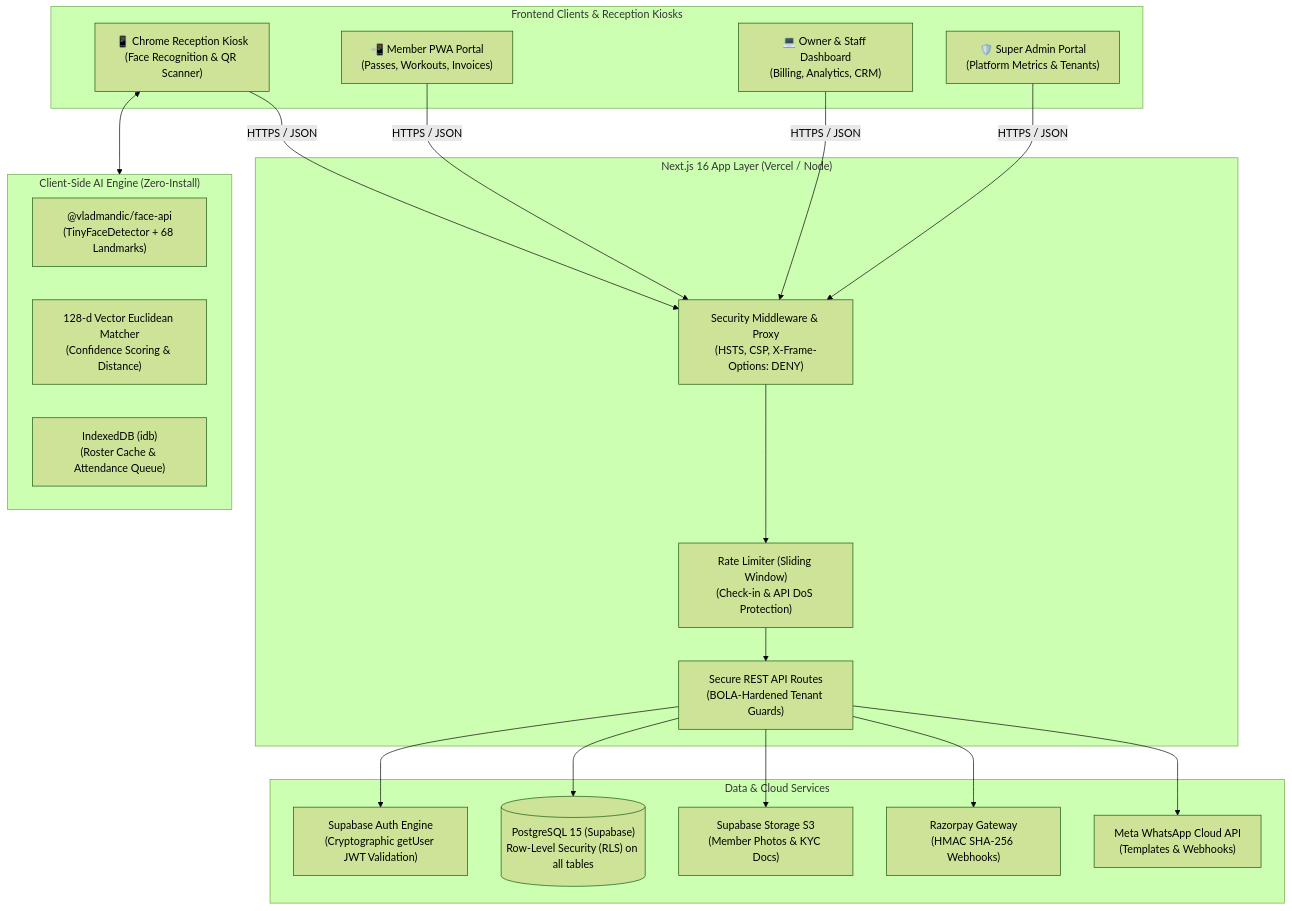
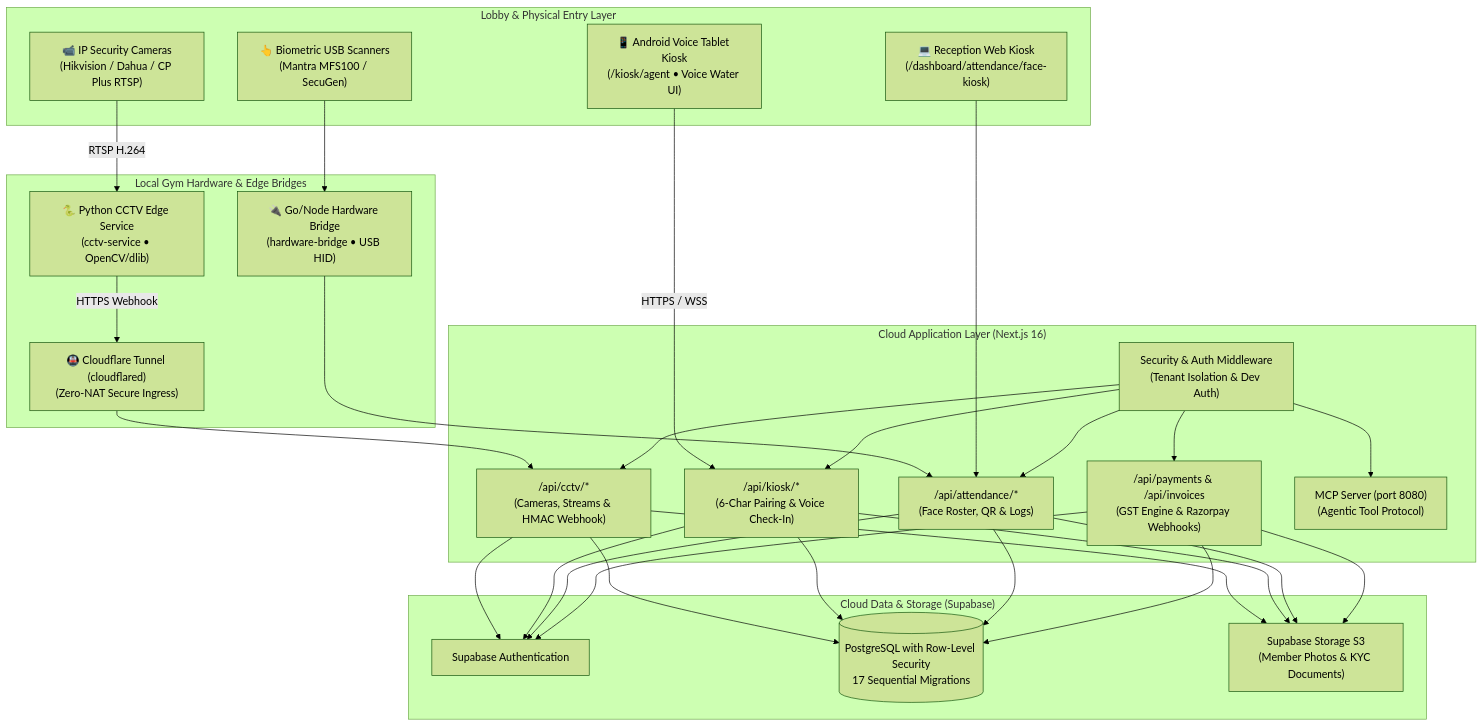
One commit to prashantb2400/GYM-ERP-2 changed the diagram in README.md. Above: the diagram before and after it, drawn with Mermaid (forest theme). The commit also changed other lines of this file, not shown here.

Commit message:
docs: Add step-by-step deployment guide, CCTV integration architecture, tablet kiosk setup, and MCP server docs

````diff
--- a/README.md
+++ b/README.md
@@ -79,42 +57,41 @@
 ```mermaid
 flowchart TB
-    subgraph Clients["Frontend Clients & Reception Kiosks"]
-        BrowserKiosk["📱 Chrome Reception Kiosk<br/>(Face Recognition & QR Scanner)"]
-        MemberPWA["📲 Member PWA Portal<br/>(Passes, Workouts, Invoices)"]
-        OwnerDash["💻 Owner & Staff Dashboard<br/>(Billing, Analytics, CRM)"]
-        SuperAdminDash["🛡️ Super Admin Portal<br/>(Platform Metrics & Tenants)"]
+    subgraph Kiosks["Lobby & Physical Entry Layer"]
+        TabletKiosk["📱 Android Voice Tablet Kiosk<br/>(/kiosk/agent • Voice Water UI)"]
+        WebKiosk["💻 Reception Web Kiosk<br/>(/dashboard/attendance/face-kiosk)"]
+        CCTVCams["📹 IP Security Cameras<br/>(Hikvision / Dahua / CP Plus RTSP)"]
+        BioUSB["👆 Biometric USB Scanners<br/>(Mantra MFS100 / SecuGen)"]
     end
 
-    subgraph EdgeLayer["Next.js 16 App Layer (Vercel / Node)"]
-        Middleware["Security Middleware & Proxy<br/>(HSTS, CSP, X-Frame-Options: DENY)"]
-        RateLimiter["Rate Limiter (Sliding Window)<br/>(Check-in & API DoS Protection)"]
-        APIRoutes["Secure REST API Routes<br/>(BOLA-Hardened Tenant Guards)"]
+    subgraph EdgeServices["Local Gym Hardware & Edge Bridges"]
+        CCTVEdge["🐍 Python CCTV Edge Service<br/>(cctv-service • OpenCV/dlib)"]
+        HWBridge["🔌 Go/Node Hardware Bridge<br/>(hardware-bridge • USB HID)"]
+        CFTunnel["🚇 Cloudflare Tunnel (cloudflared)<br/>(Zero-NAT Secure Ingress)"]
     end
 
-    subgraph ClientAI["Client-Side AI Engine (Zero-Install)"]
-        FaceAPI["@vladmandic/face-api<br/>(TinyFaceDetector + 68 Landmarks)"]
-        VectorMatcher["128-d Vector Euclidean Matcher<br/>(Confidence Scoring & Distance)"]
-        OfflineDB["IndexedDB (idb)<br/>(Roster Cache & Attendance Queue)"]
+    subgraph CloudApp["Cloud Application Layer (Next.js 16)"]
+        Middleware["Security & Auth Middleware<br/>(Tenant Isolation & Dev Auth)"]
+        CCTVAPI["/api/cctv/*<br/>(Cameras, Streams & HMAC Webhook)"]
+        KioskAPI["/api/kiosk/*<br/>(6-Char Pairing & Voice Check-In)"]
+        AttendAPI["/api/attendance/*<br/>(Face Roster, QR & Logs)"]
+        BillingAPI["/api/payments & /api/invoices<br/>(GST Engine & Razorpay Webhooks)"]
+        MCPServer["MCP Server (port 8080)<br/>(Agentic Tool Protocol)"]
     end
 
-    subgraph CloudServices["Data & Cloud Services"]
-        SupabaseAuth["Supabase Auth Engine<br/>(Cryptographic getUser JWT Validation)"]
-        SupabaseDB[("PostgreSQL 15 (Supabase)<br/>Row-Level Security (RLS) on all tables")]
-        SupabaseStorage["Supabase Storage S3<br/>(Member Photos & KYC Docs)"]
-        Razorpay["Razorpay Gateway<br/>(HMAC SHA-256 Webhooks)"]
-        WhatsAppAPI["Meta WhatsApp Cloud API<br/>(Templates & Webhooks)"]
+    subgraph DatabaseCloud["Cloud Data & Storage (Supabase)"]
+        SupaAuth["Supabase Authentication"]
+        SupaDB[("PostgreSQL with Row-Level Security<br/>17 Sequential Migrations")]
+        SupaStorage["Supabase Storage S3<br/>(Member Photos & KYC Documents)"]
     end
 
-    BrowserKiosk <--> ClientAI
-    BrowserKiosk -->|HTTPS / JSON| Middleware
-    MemberPWA -->|HTTPS / JSON| Middleware
-    OwnerDash -->|HTTPS / JSON| Middleware
-    SuperAdminDash -->|HTTPS / JSON| Middleware
+    CCTVCams -->|RTSP H.264| CCTVEdge
+    CCTVEdge -->|HTTPS Webhook| CFTunnel
+    CFTunnel --> CCTVAPI
+    TabletKiosk -->|HTTPS / WSS| KioskAPI
+    BioUSB --> HWBridge
+    HWBridge --> AttendAPI
+    WebKiosk --> AttendAPI
 
-    Middleware --> RateLimiter --> APIRoutes
-    APIRoutes --> SupabaseAuth
-    APIRoutes --> SupabaseDB
-    APIRoutes --> SupabaseStorage
-    APIRoutes --> Razorpay
-    APIRoutes --> WhatsAppAPI
+    Middleware --> CCTVAPI & KioskAPI & AttendAPI & BillingAPI & MCPServer
+    CCTVAPI & KioskAPI & AttendAPI & BillingAPI --> SupaAuth & SupaDB & SupaStorage
 ```
````
